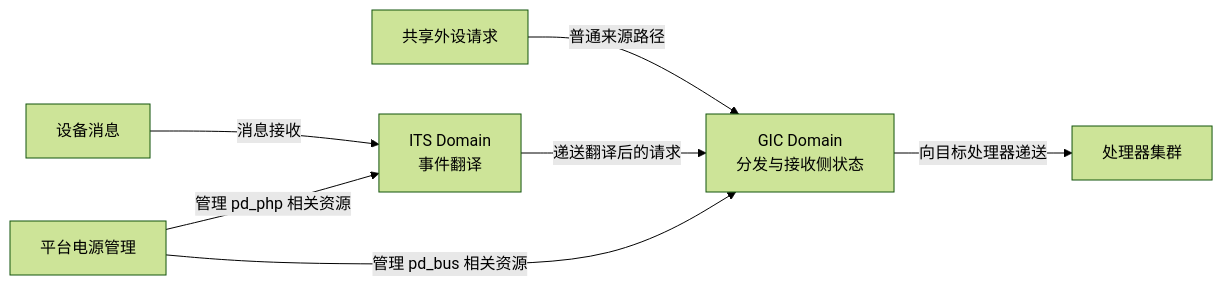
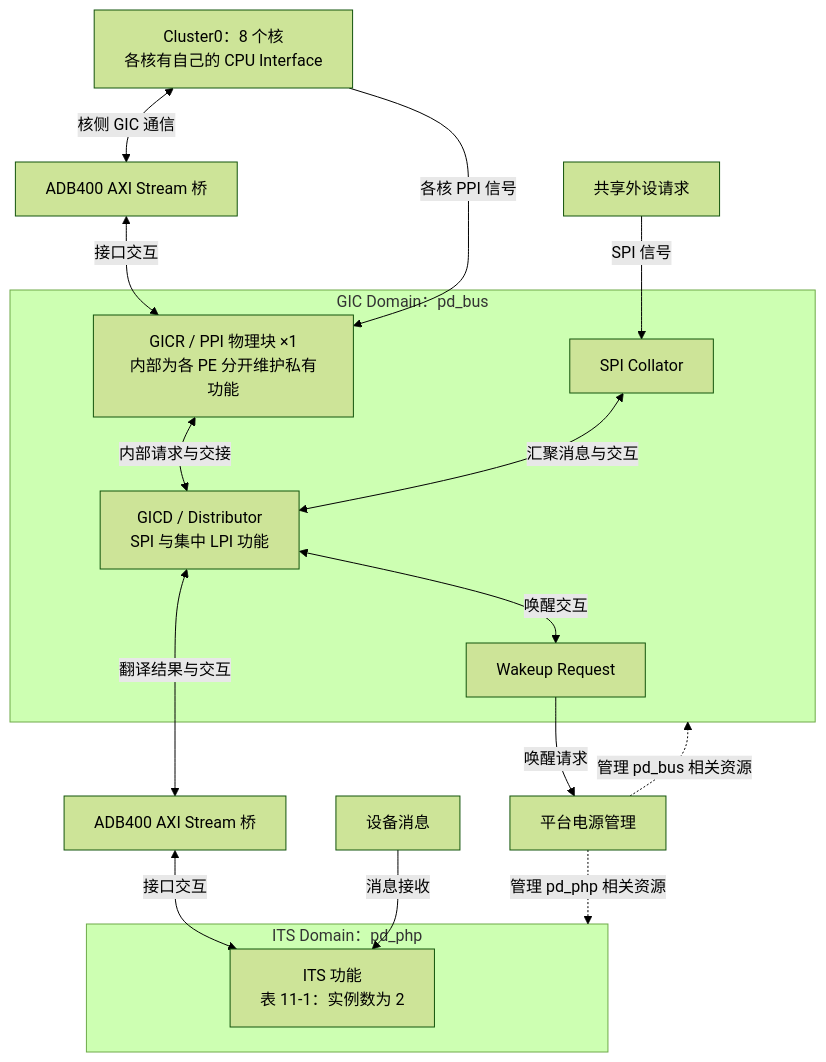
One commit to FormingSystem/linux_note changed the diagram in platforms/arm/rockchip/rk3588/P01_RK3588的GIC-600集成与手册核对.md. Above: the diagram before and after it, drawn with Mermaid (forest theme). The commit also changed other lines of this file and 36 other files, not shown here.

````diff
--- a/platforms/arm/rockchip/rk3588/P01_RK3588的GIC-600集成与手册核对.md
+++ b/platforms/arm/rockchip/rk3588/P01_RK3588的GIC-600集成与手册核对.md
@@ -57,9 +61,25 @@
 ```mermaid
-flowchart LR
-    devices["共享外设请求"] -->|"普通来源路径"| gic_domain["GIC Domain<br/>分发与接收侧状态"]
-    messages["设备消息"] -->|"消息接收"| its_domain["ITS Domain<br/>事件翻译"]
-    its_domain -->|"递送翻译后的请求"| gic_domain
-    gic_domain -->|"向目标处理器递送"| processors["处理器集群"]
-    power["平台电源管理"] -->|"管理 pd_bus 相关资源"| gic_domain
-    power -->|"管理 pd_php 相关资源"| its_domain
+flowchart TB
+    processors["Cluster0：8 个核<br/>各核有自己的 CPU Interface"] <-->|"核侧 GIC 通信"| core_bridge["ADB400 AXI Stream 桥"]
+    subgraph gic_domain["GIC Domain：pd_bus"]
+        ppi["GICR / PPI 物理块 ×1<br/>内部为各 PE 分开维护私有功能"]
+        distributor["GICD / Distributor<br/>SPI 与集中 LPI 功能"]
+        collator["SPI Collator"]
+        wake["Wakeup Request"]
+        ppi <-->|"内部请求与交接"| distributor
+        collator <-->|"汇聚消息与交互"| distributor
+        distributor <-->|"唤醒交互"| wake
+    end
+    core_bridge <-->|"接口交互"| ppi
+    processors -->|"各核 PPI 信号"| ppi
+    devices["共享外设请求"] -->|"SPI 信号"| collator
+    distributor <-->|"翻译结果与交互"| its_bridge["ADB400 AXI Stream 桥"]
+    subgraph its_domain["ITS Domain：pd_php"]
+        its["ITS 功能<br/>表 11-1：实例数为 2"]
+    end
+    its_bridge <-->|"接口交互"| its
+    messages["设备消息"] -->|"消息接收"| its
+    wake -->|"唤醒请求"| power["平台电源管理"]
+    power -.->|"管理 pd_bus 相关资源"| gic_domain
+    power -.->|"管理 pd_php 相关资源"| its_domain
 ```
````
